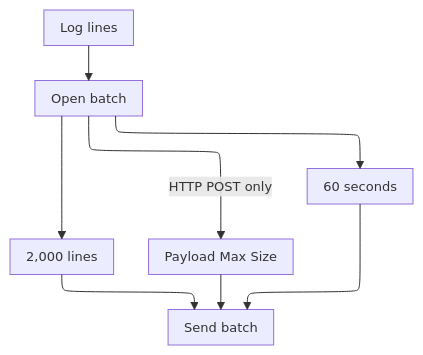
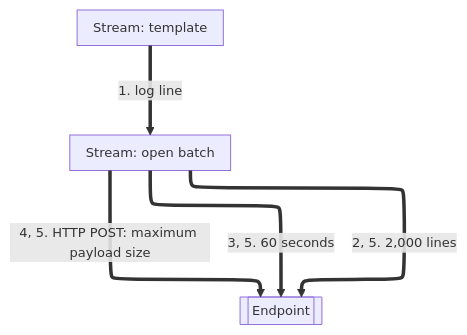
One commit to aziontech/docs changed the second of 3 diagrams in apps/docs/src/content/docs/en/pages/observe/data-stream/how-it-works.mdx. Above: the diagram before and after it, drawn with Mermaid. The commit also changed other lines of this file and 92 other files, not shown here.

````diff
--- a/apps/docs/src/content/docs/en/pages/observe/data-stream/how-it-works.mdx
+++ b/apps/docs/src/content/docs/en/pages/observe/data-stream/how-it-works.mdx
@@ -70,11 +81,11 @@
 ```mermaid
 %%{init: {"layout": "elk", "themeVariables": {"fontSize": "13px"}, "flowchart": {"nodeSpacing": 24, "rankSpacing": 36, "padding": 8, "wrappingWidth": 150, "useMaxWidth": true}, "sequence": {"width": 120, "actorMargin": 30, "useMaxWidth": true}}}%%
 flowchart TD
-  Lines["Log lines"] --> Batch["Open batch"]
-  Batch --> Count["2,000 lines"]
-  Batch --> Time["60 seconds"]
-  Batch -->|"HTTP POST only"| Size["Payload Max Size"]
-  Count --> Send["Send batch"]
-  Time --> Send
-  Size --> Send
+  Tpl["Stream: template"]
+  Bat["Stream: open batch"]
+  End[["Endpoint"]]
+  Tpl ==>|"1. log line"| Bat
+  Bat ==>|"2, 5. 2,000 lines"| End
+  Bat ==>|"3, 5. 60 seconds"| End
+  Bat ==>|"4, 5. HTTP POST: maximum payload size"| End
 ```
````
